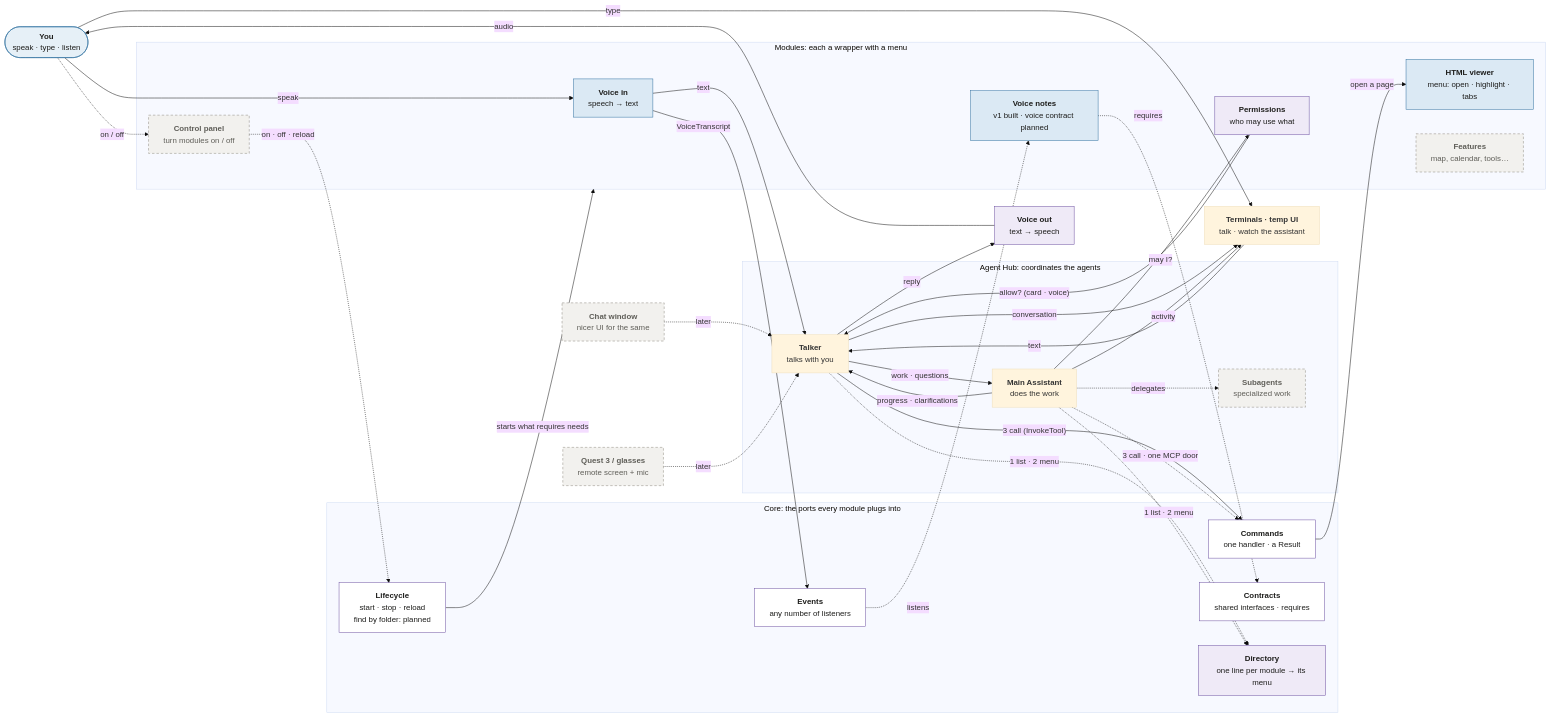
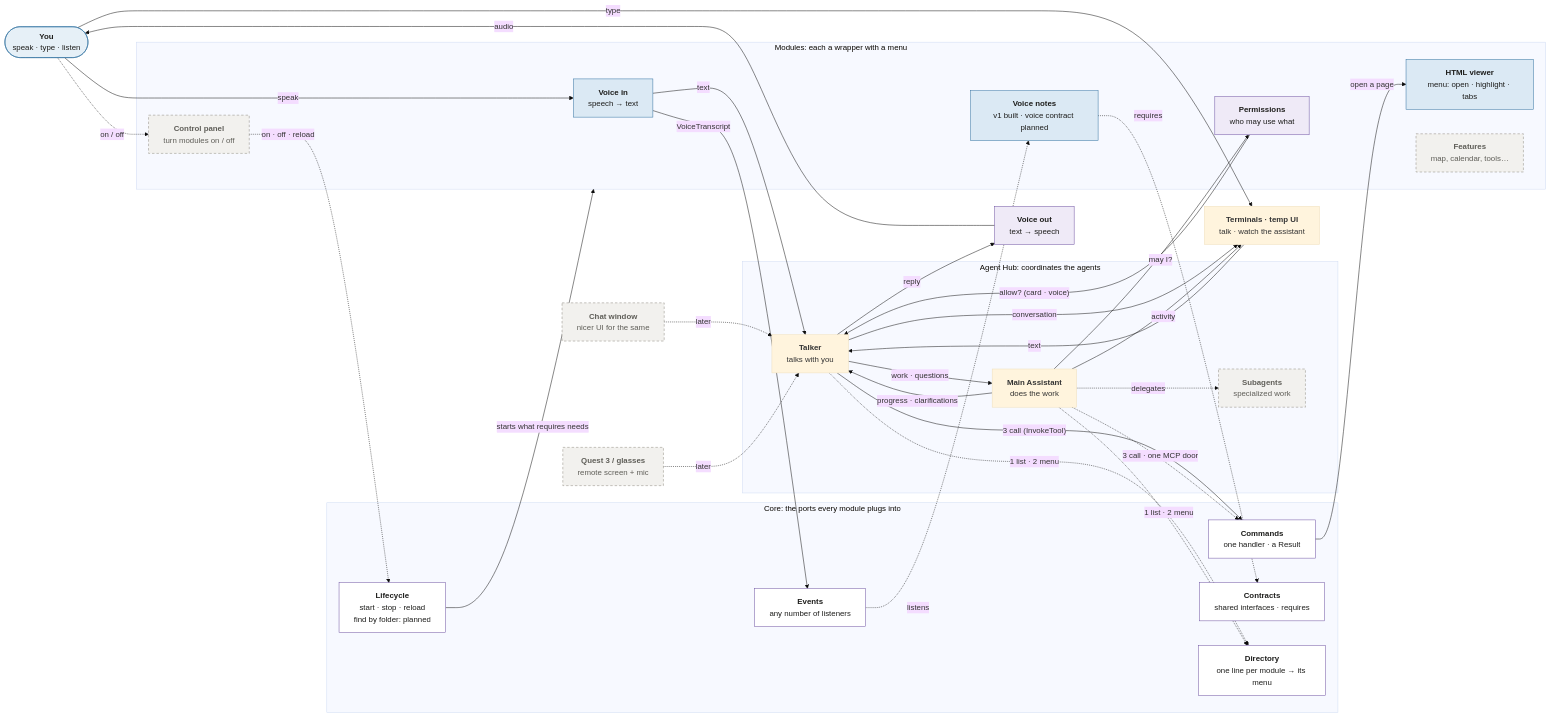
The diagram in docs/architecture/README.md (sharramon/AI_Assistant), drawn with Mermaid (base theme) before and after one commit. The commit also changed other lines of this file and 30 other files, not shown here.

````diff
--- a/docs/architecture/README.md
+++ b/docs/architecture/README.md
@@ -9,69 +9,69 @@
 ```mermaid
 flowchart LR
     You(["<b>You</b><br/>speak · type · listen"])
     Term["<b>Terminals · temp UI</b><br/>talk · watch the assistant"]
     Window["<b>Chat window</b><br/>nicer UI for the same"]
     Quest["<b>Quest 3 / glasses</b><br/>remote screen + mic"]
     VoiceOut["<b>Voice out</b><br/>text → speech"]
 
     subgraph Hub["Agent Hub: coordinates the agents"]
         Talker["<b>Talker</b><br/>talks with you"]
         Main["<b>Main Assistant</b><br/>does the work"]
         Subs["<b>Subagents</b><br/>specialized work"]
         Talker -- work · questions --> Main
         Main -- progress · clarifications --> Talker
         Main -. delegates .-> Subs
     end
 
     subgraph Core["Core: the ports every module plugs into"]
         Life["<b>Lifecycle</b><br/>start · stop · reload<br/>find by folder: planned"]
         Cmds["<b>Commands</b><br/>one handler · a Result"]
         Events["<b>Events</b><br/>any number of listeners"]
         Contracts["<b>Contracts</b><br/>shared interfaces · requires"]
         Dir["<b>Directory</b><br/>one line per module → its menu"]
     end
 
     subgraph Mods["Modules: each a wrapper with a menu"]
         VoiceIn["<b>Voice in</b><br/>speech → text"]
         Viewer["<b>HTML viewer</b><br/>menu: open · highlight · tabs"]
         Notes["<b>Voice notes</b><br/>v1 built · voice contract planned"]
         Perms["<b>Permissions</b><br/>who may use what"]
         Control["<b>Control panel</b><br/>turn modules on / off"]
         Features["<b>Features</b><br/>map, calendar, tools…"]
     end
 
     You -- speak --> VoiceIn
     You -- type --> Term
     VoiceIn -- text --> Talker
     Term -- text --> Talker
     Talker -- conversation --> Term
     Main -- activity --> Term
     Talker -- reply --> VoiceOut
     VoiceOut -- audio --> You
     Window -. later .-> Talker
     Quest -. later .-> Talker
     Talker -. "1 list · 2 menu" .-> Dir
     Main -. "1 list · 2 menu" .-> Dir
     Talker -- "3 call (InvokeTool)" --> Cmds
     Main -. "3 call · one MCP door" .-> Cmds
     Cmds -- "open a page" --> Viewer
     VoiceIn -- VoiceTranscript --> Events
     Events -. listens .-> Notes
     Notes -. requires .-> Contracts
     Main -- "may I?" --> Perms
     Perms -- "allow? (card · voice)" --> Talker
     You -. on / off .-> Control
     Control -. "on · off · reload" .-> Life
     Life -- "starts what requires needs" --> Mods
 
     classDef planned fill:#efeaf7,stroke:#6b4fa0,color:#1d1d1b
     classDef person fill:#e6f0f7,stroke:#2f6f9f,color:#1d1d1b
     classDef later fill:#f2f1ee,stroke:#8a877c,stroke-dasharray:5 4,color:#5f5e58
     classDef port fill:#ffffff,stroke:#6b4fa0,color:#1d1d1b
     classDef module fill:#dbe9f4,stroke:#2f6f9f,color:#1d1d1b
-    class Life,Cmds,Events,Contracts port
+    class Life,Cmds,Events,Contracts,Dir port
     class VoiceIn,Viewer,Notes module
-    class VoiceOut,Perms,Dir planned
+    class VoiceOut,Perms planned
     class You person
     class Window,Quest,Subs,Control,Features later
 ```
````
